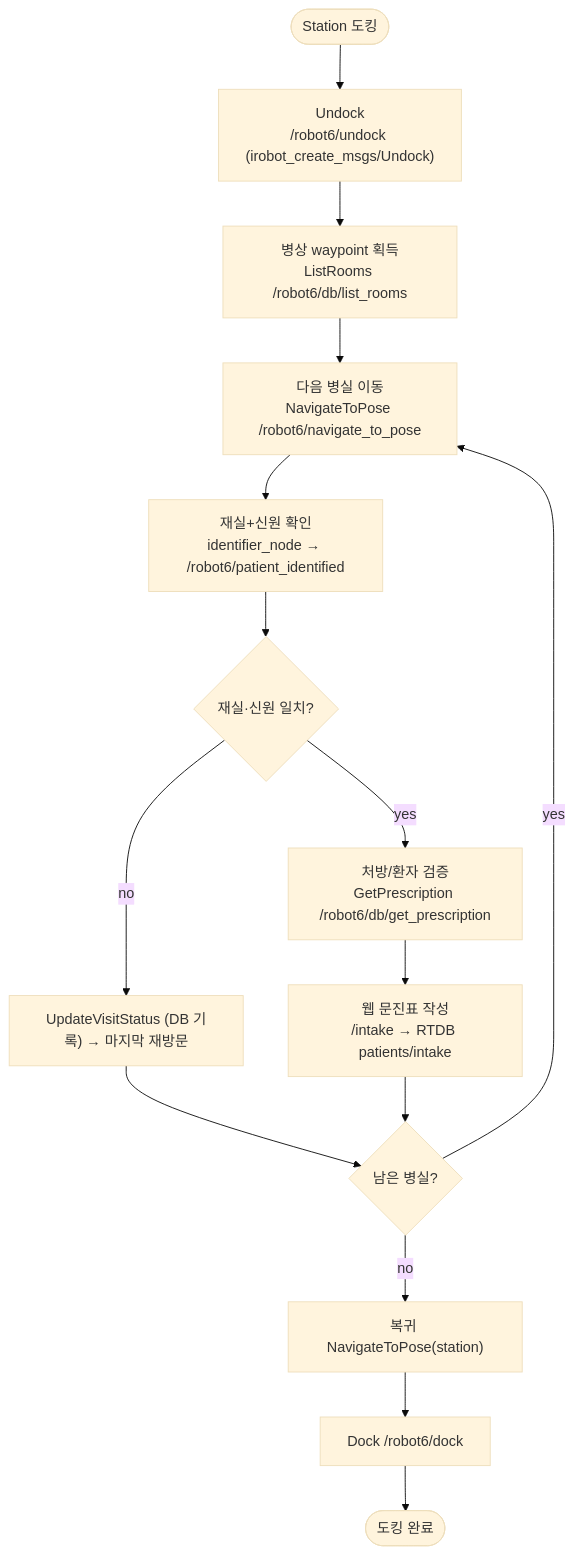
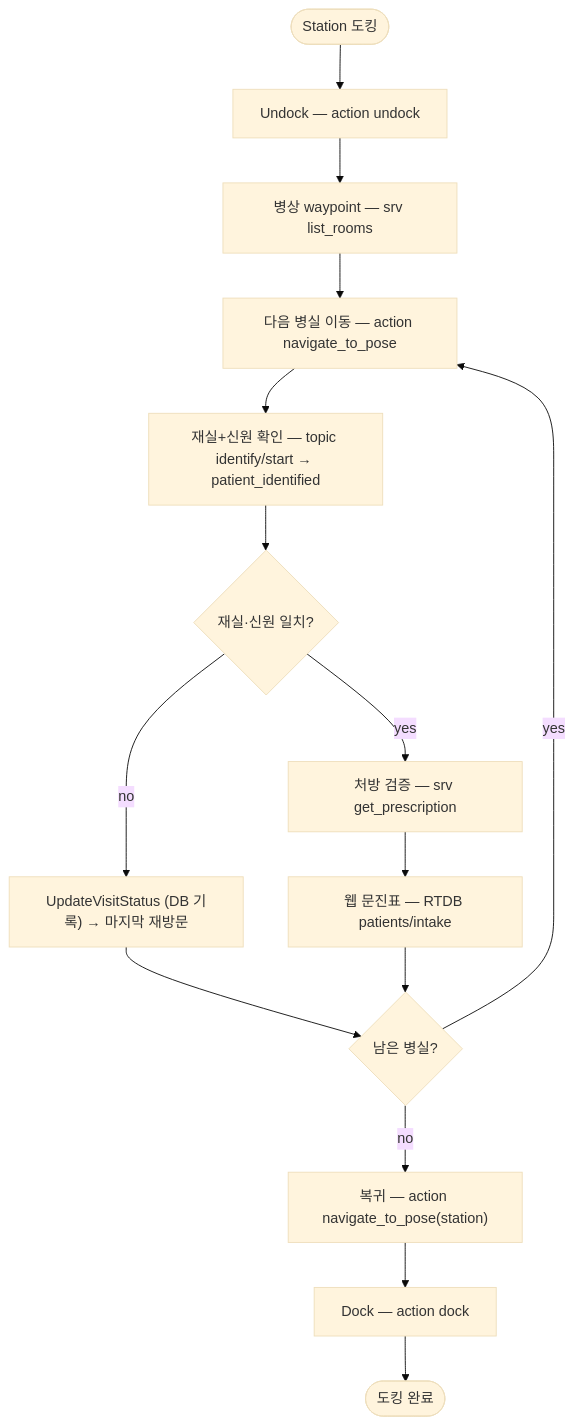
One commit to yevettee/MediCart changed diagram 13 of 15 in docs/architecture/05_mermaid_architecture.md. Above: the diagram before and after it, drawn with Mermaid (base theme). The commit also changed other lines of this file, not shown here.

Commit message:
docs(arch): 노드 역할(발행/구독/서비스/액션) + 통신 종류(topic/srv/action) 주석 + 범례·시퀀스·노드역할표 + cmd 큐우회 경로

````diff
--- a/docs/architecture/05_mermaid_architecture.md
+++ b/docs/architecture/05_mermaid_architecture.md
@@ -220,16 +345,16 @@
 ```mermaid
 flowchart TD
-  S0([Station 도킹]) --> U0["Undock<br/>/robot6/undock (irobot_create_msgs/Undock)"]
-  U0 --> L0["병상 waypoint 획득<br/>ListRooms /robot6/db/list_rooms"]
-  L0 --> P0["다음 병실 이동<br/>NavigateToPose /robot6/navigate_to_pose"]
-  P0 --> ID["재실+신원 확인<br/>identifier_node → /robot6/patient_identified"]
+  S0([Station 도킹]) --> U0["Undock — action undock"]
+  U0 --> L0["병상 waypoint — srv list_rooms"]
+  L0 --> P0["다음 병실 이동 — action navigate_to_pose"]
+  P0 --> ID["재실+신원 확인 — topic identify/start → patient_identified"]
   ID --> Q0{"재실·신원 일치?"}
   Q0 -- no --> UVS["UpdateVisitStatus (DB 기록) → 마지막 재방문"]
   UVS --> Q1
-  Q0 -- yes --> VAL["처방/환자 검증<br/>GetPrescription /robot6/db/get_prescription"]
-  VAL --> IV["웹 문진표 작성<br/>/intake → RTDB patients/intake"]
+  Q0 -- yes --> VAL["처방 검증 — srv get_prescription"]
+  VAL --> IV["웹 문진표 — RTDB patients/intake"]
   IV --> Q1{"남은 병실?"}
   Q1 -- yes --> P0
-  Q1 -- no --> R0["복귀 NavigateToPose(station)"]
-  R0 --> D0["Dock /robot6/dock"] --> E0([도킹 완료])
+  Q1 -- no --> R0["복귀 — action navigate_to_pose(station)"]
+  R0 --> D0["Dock — action dock"] --> E0([도킹 완료])
 ```
````
